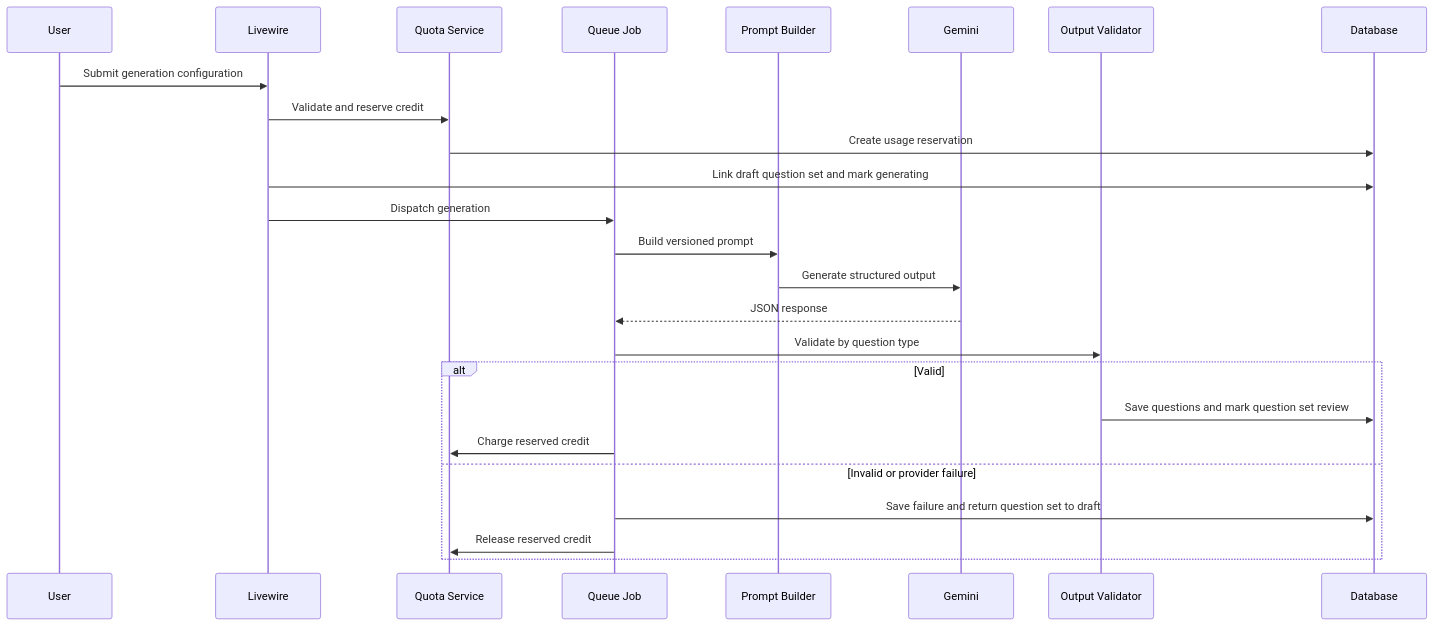
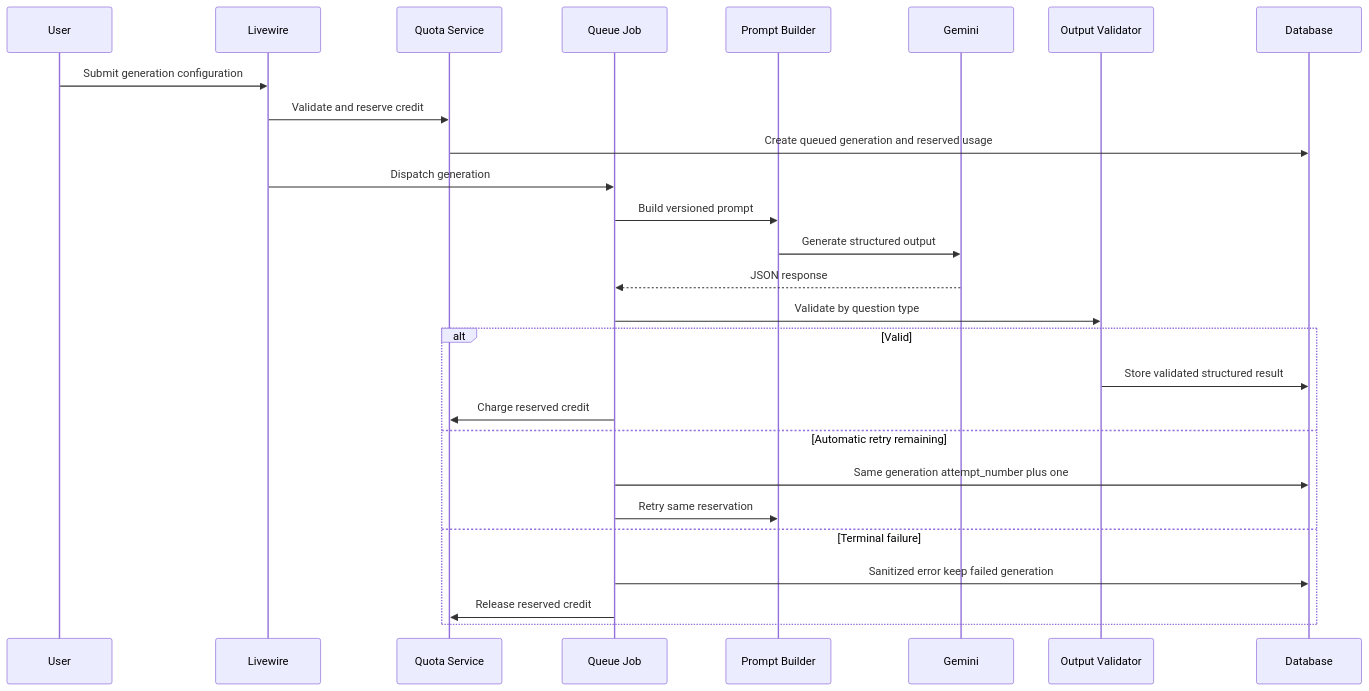
One commit to 1aghismuhammad/Quiestion-Bank- changed the second of 2 diagrams in docs/design/DESIGN.md. Above: the diagram before and after it, drawn with Mermaid. The commit also changed other lines of this file and 40 other files, not shown here.

````diff
--- a/docs/design/DESIGN.md
+++ b/docs/design/DESIGN.md
@@ -143,28 +145,30 @@
 ```mermaid
 sequenceDiagram
     participant U as User
     participant L as Livewire
     participant Q as Quota Service
     participant J as Queue Job
     participant P as Prompt Builder
     participant G as Gemini
     participant V as Output Validator
     participant D as Database
 
     U->>L: Submit generation configuration
     L->>Q: Validate and reserve credit
-    Q->>D: Create usage reservation
-    L->>D: Link draft question set and mark generating
+    Q->>D: Create queued generation and reserved usage
     L->>J: Dispatch generation
     J->>P: Build versioned prompt
     P->>G: Generate structured output
     G-->>J: JSON response
     J->>V: Validate by question type
     alt Valid
-        V->>D: Save questions and mark question set review
+        V->>D: Store validated structured result
         J->>Q: Charge reserved credit
-    else Invalid or provider failure
-        J->>D: Save failure and return question set to draft
+    else Automatic retry remaining
+        J->>D: Same generation attempt_number plus one
+        J->>P: Retry same reservation
+    else Terminal failure
+        J->>D: Sanitized error keep failed generation
         J->>Q: Release reserved credit
     end
 ```
````
